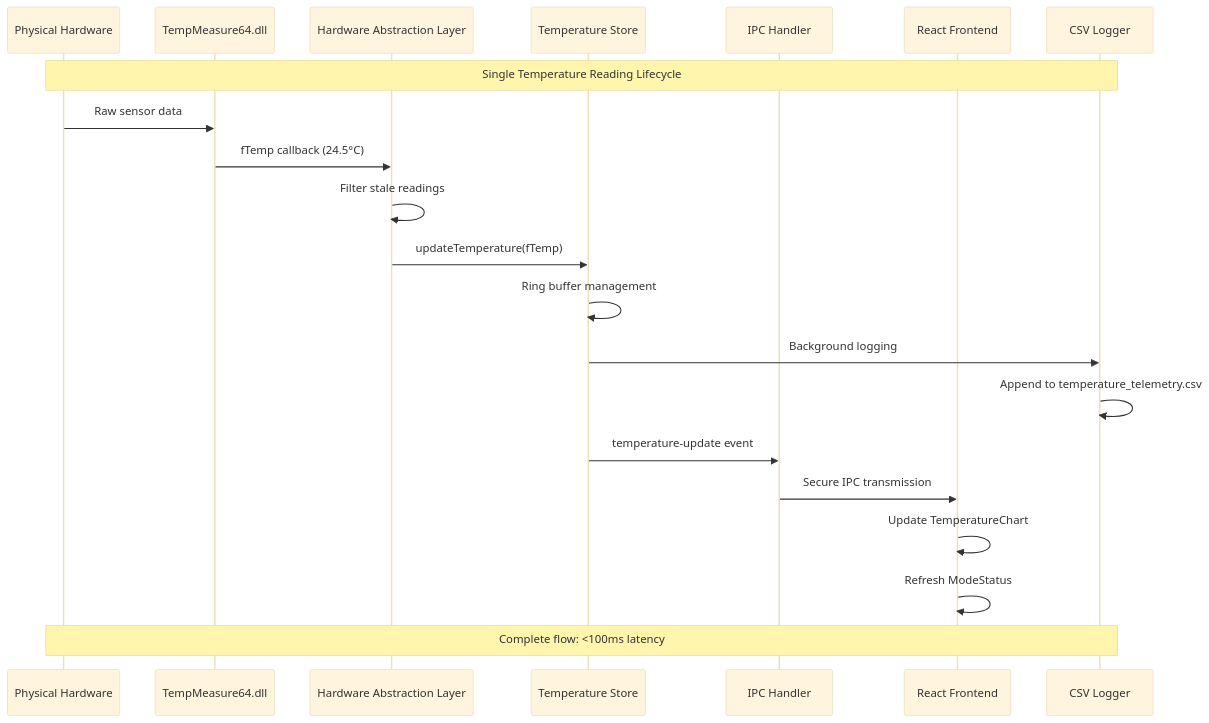
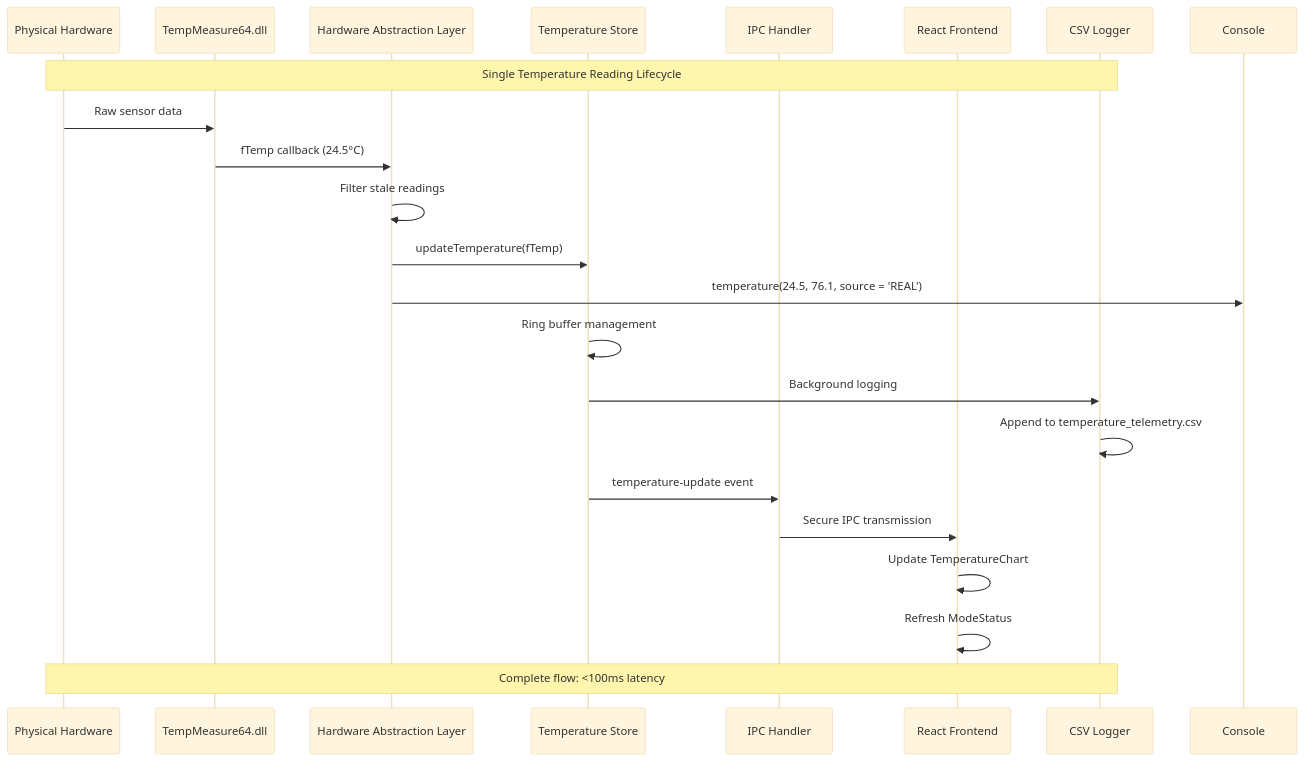
One commit to Interlaken0/temperature-plotter changed the sixth of 18 diagrams in docs/system-architecture.md. Above: the diagram before and after it, drawn with Mermaid (base theme). The commit also changed other lines of this file and 8 other files, not shown here.

First line of the commit message:
Update documentation with comprehensive API reference and visual graph upgrade details

````diff
--- a/docs/system-architecture.md
+++ b/docs/system-architecture.md
@@ -86,28 +298,29 @@
 ```mermaid
 sequenceDiagram
     participant HW as Physical Hardware
     participant DLL as TempMeasure64.dll
     participant HAL as Hardware Abstraction Layer
     participant Store as Temperature Store
     participant IPC as IPC Handler
     participant UI as React Frontend
     participant CSV as CSV Logger
     
     Note over HW,CSV: Single Temperature Reading Lifecycle
     
     HW->>DLL: Raw sensor data
     DLL->>HAL: fTemp callback (24.5°C)
     HAL->>HAL: Filter stale readings
     HAL->>Store: updateTemperature(fTemp)
+    HAL->>Console: temperature(24.5, 76.1, source = 'REAL')
     
     Store->>Store: Ring buffer management
     Store->>CSV: Background logging
     CSV->>CSV: Append to temperature_telemetry.csv
     
     Store->>IPC: temperature-update event
     IPC->>UI: Secure IPC transmission
     UI->>UI: Update TemperatureChart
     UI->>UI: Refresh ModeStatus
     
     Note over HW,CSV: Complete flow: <100ms latency
 ```
````
